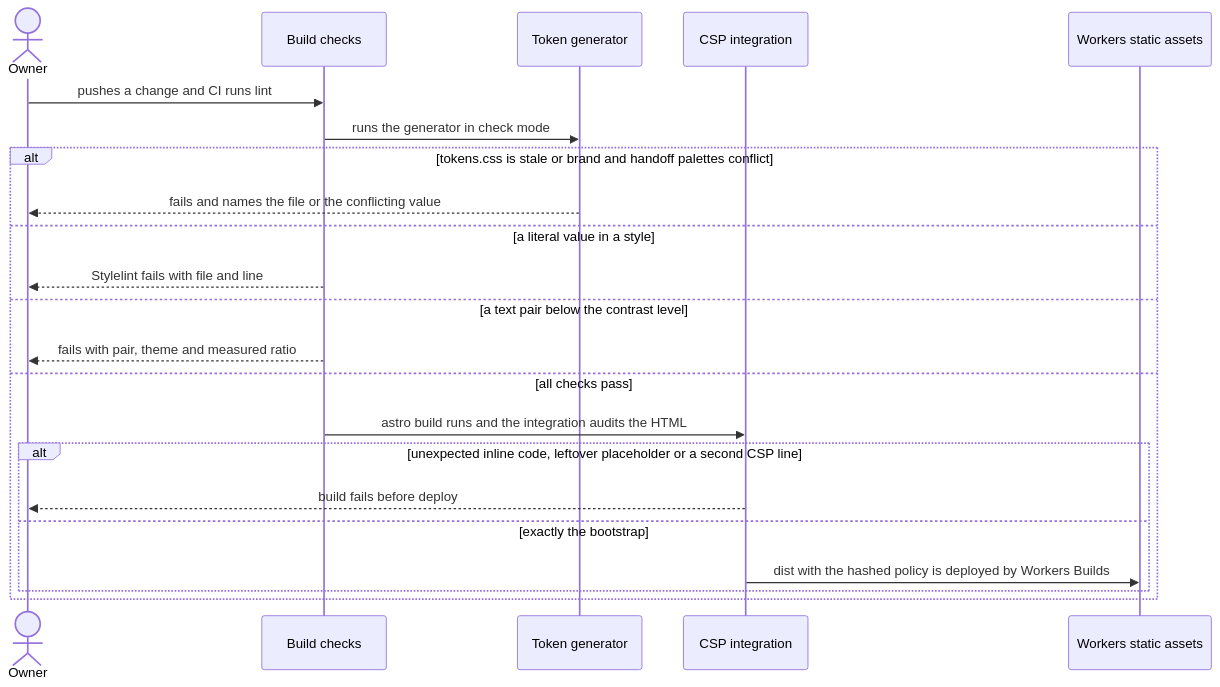
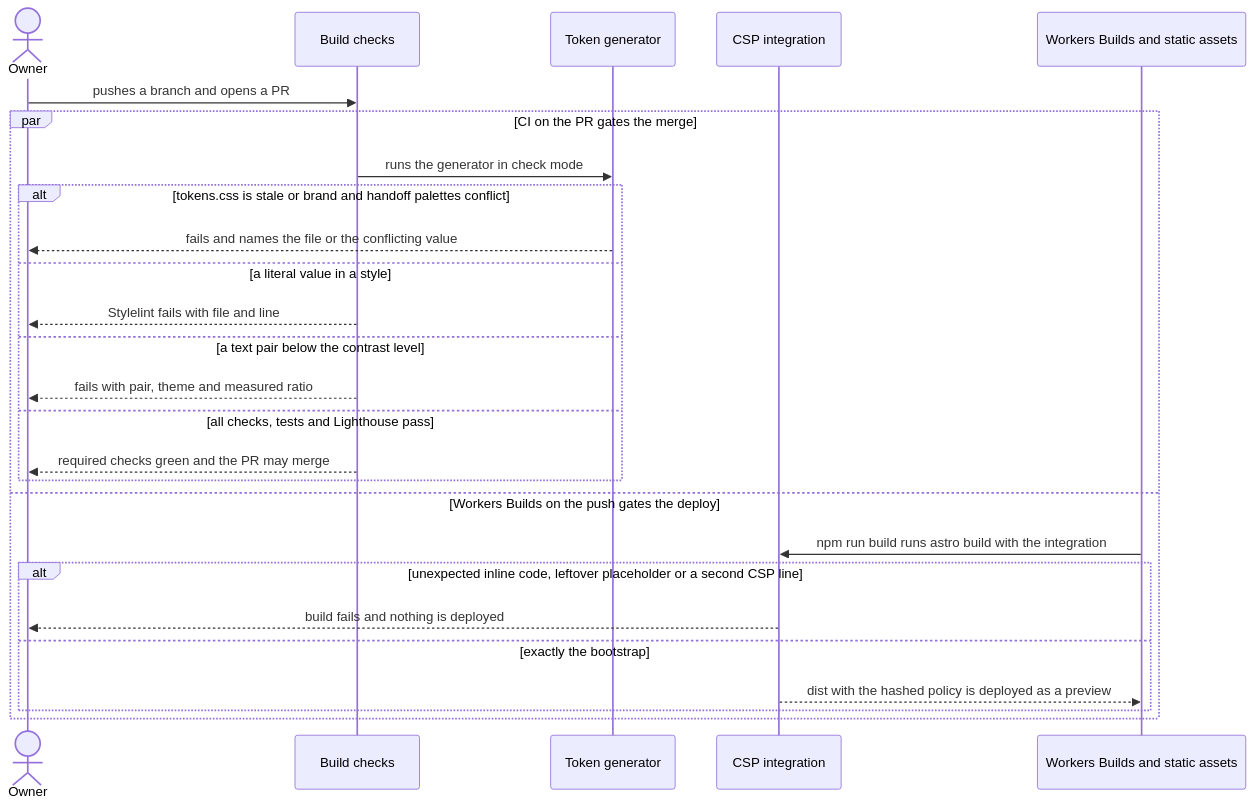
Before and after one commit to Ponomaleks/alpon.dev: the fifth of 5 diagrams in docs/features/fjord-foundation/sad.md, drawn with Mermaid. The commit also changed other lines of this file and 1 other file, not shown here.

Commit message:
design: fjord-foundation finalization (critic pass)
Roboto-only CI font path, before-first-paint theme measurement, CI-vs-deploy
gating with branch protection, build-time modules labelled in C4, ADR-0003
rationale for the fonts.css exclusion and enforced breakpoints.

````diff
--- a/docs/features/fjord-foundation/sad.md
+++ b/docs/features/fjord-foundation/sad.md
@@ -239,24 +243,28 @@
 ```mermaid
 sequenceDiagram
     actor Owner
     participant Checks as Build checks
     participant Gen as Token generator
     participant Int as CSP integration
-    participant Edge as Workers static assets
-    Owner->>Checks: pushes a change and CI runs lint
-    Checks->>Gen: runs the generator in check mode
-    alt tokens.css is stale or brand and handoff palettes conflict
-        Gen-->>Owner: fails and names the file or the conflicting value
-    else a literal value in a style
-        Checks-->>Owner: Stylelint fails with file and line
-    else a text pair below the contrast level
-        Checks-->>Owner: fails with pair, theme and measured ratio
-    else all checks pass
-        Checks->>Int: astro build runs and the integration audits the HTML
+    participant Edge as Workers Builds and static assets
+    Owner->>Checks: pushes a branch and opens a PR
+    par CI on the PR gates the merge
+        Checks->>Gen: runs the generator in check mode
+        alt tokens.css is stale or brand and handoff palettes conflict
+            Gen-->>Owner: fails and names the file or the conflicting value
+        else a literal value in a style
+            Checks-->>Owner: Stylelint fails with file and line
+        else a text pair below the contrast level
+            Checks-->>Owner: fails with pair, theme and measured ratio
+        else all checks, tests and Lighthouse pass
+            Checks-->>Owner: required checks green and the PR may merge
+        end
+    and Workers Builds on the push gates the deploy
+        Edge->>Int: npm run build runs astro build with the integration
         alt unexpected inline code, leftover placeholder or a second CSP line
-            Int-->>Owner: build fails before deploy
+            Int-->>Owner: build fails and nothing is deployed
         else exactly the bootstrap
-            Int->>Edge: dist with the hashed policy is deployed by Workers Builds
+            Int-->>Edge: dist with the hashed policy is deployed as a preview
         end
     end
 ```
````
